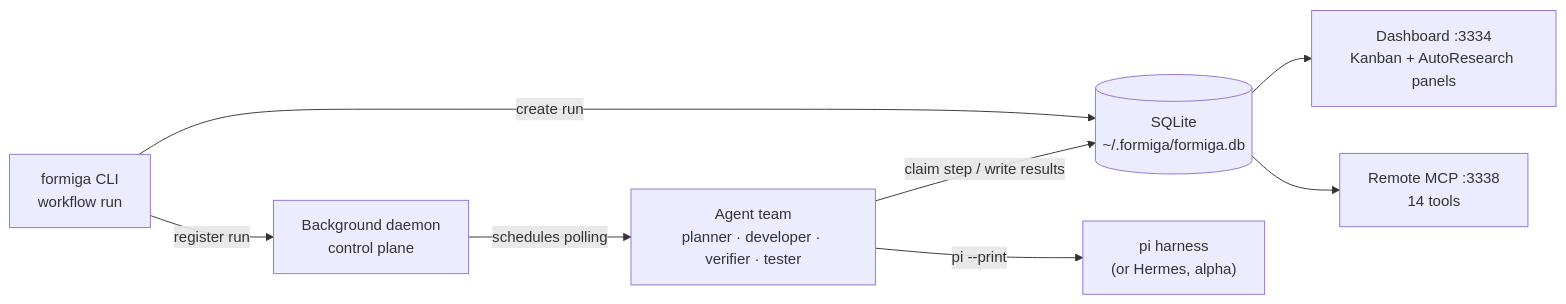
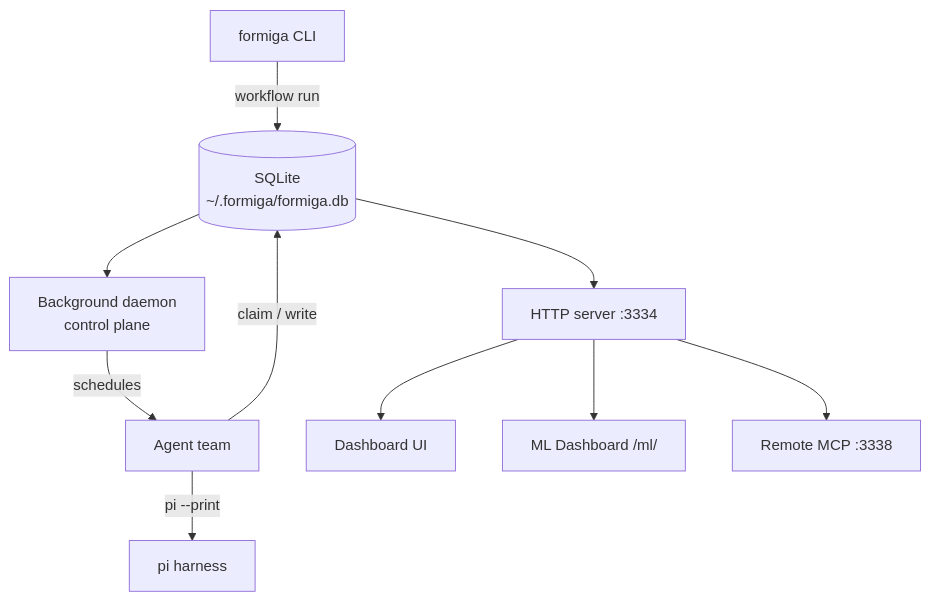
Before and after one commit to PJarbas/formiga: the first of 2 diagrams in README.md, drawn with Mermaid. The commit also changed other lines of this file, not shown here.

First line of the commit message:
docs: rewrite README for current Formiga architecture

````diff
--- a/README.md
+++ b/README.md
@@ -242,10 +70,12 @@
 ```mermaid
-flowchart LR
-    CLI["formiga CLI<br/>workflow run"] -->|create run| DB[("SQLite<br/>~/.formiga/formiga.db")]
-    CLI -->|register run| Daemon["Background daemon<br/>control plane"]
-    Daemon -->|schedules polling| Agents["Agent team<br/>planner · developer · verifier · tester"]
-    Agents -->|"pi --print"| Harness["pi harness<br/>(or Hermes, alpha)"]
-    Agents -->|claim step / write results| DB
-    DB --> Dashboard["Dashboard :3334<br/>Kanban + AutoResearch panels"]
-    DB --> MCP["Remote MCP :3338<br/>14 tools"]
+flowchart TB
+    CLI["formiga CLI"] -->|workflow run| DB[("SQLite<br/>~/.formiga/formiga.db")]
+    DB --> Daemon["Background daemon<br/>control plane"]
+    Daemon -->|schedules| Agents["Agent team"]
+    Agents -->|"pi --print"| Harness["pi harness"]
+    Agents -->|claim / write| DB
+    DB --> Server["HTTP server :3334"]
+    Server --> Dash["Dashboard UI"]
+    Server --> React["ML Dashboard /ml/"]
+    Server --> MCP["Remote MCP :3338"]
 ```
````
